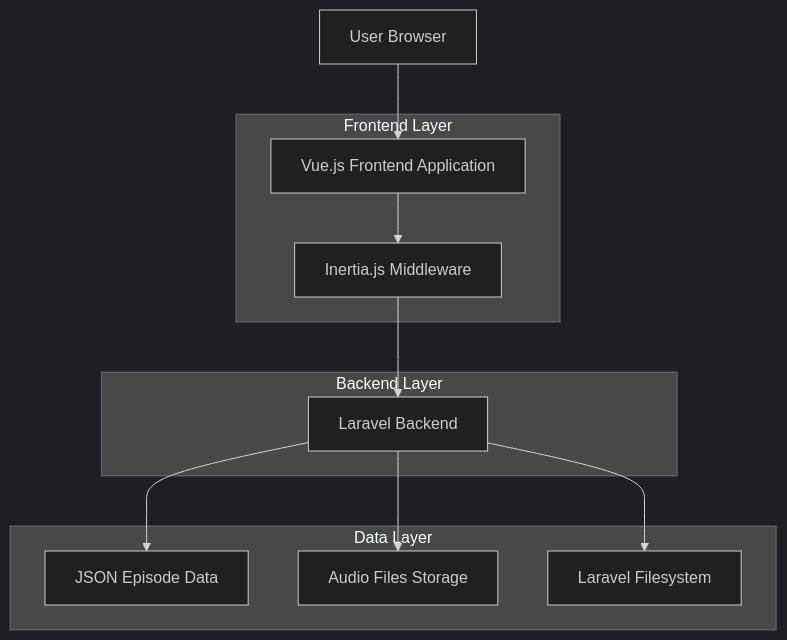
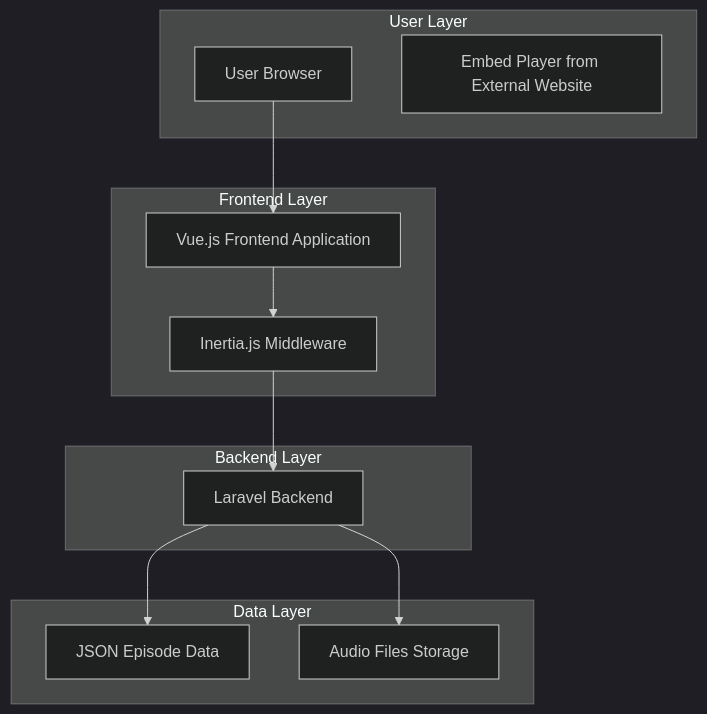
Before and after one commit to madhusudhan1234/laravel-streaming: the second of 2 diagrams in .trae/documents/project-overview.md, drawn with Mermaid (dark theme). The commit also changed other lines of this file and 87 other files, not shown here.

````diff
--- a/.trae/documents/project-overview.md
+++ b/.trae/documents/project-overview.md
@@ -69,24 +90,45 @@
 ```mermaid
 graph TD
-    A[User Browser] --> B[Vue.js Frontend Application]
-    B --> C[Inertia.js Middleware]
-    C --> D[Laravel Backend]
-    D --> E[JSON Episode Data]
-    D --> F[Audio Files Storage]
-    D --> G[Laravel Filesystem]
+    %% User Layer
+    A[User Browser]
+    B[Embed Player from External Website]
+
+    %% Frontend Layer
+    C[Vue.js Frontend Application]
+    D[Inertia.js Middleware]
+
+    %% Backend Layer
+    E[Laravel Backend]
+
+    %% Data Layer
+    F[JSON Episode Data]
+    G[Audio Files Storage]
+
+    %% Flow connections
+    A --> C
+    C --> D
+    D --> E
+    E --> F
+    E --> G
+
+    %% Layer grouping
+    subgraph "User Layer"
+        A
+        B
+    end
 
     subgraph "Frontend Layer"
-        B
         C
+        D
     end
 
     subgraph "Backend Layer"
-        D
+        E
     end
 
     subgraph "Data Layer"
-        E
         F
         G
     end
+
 ```
````
